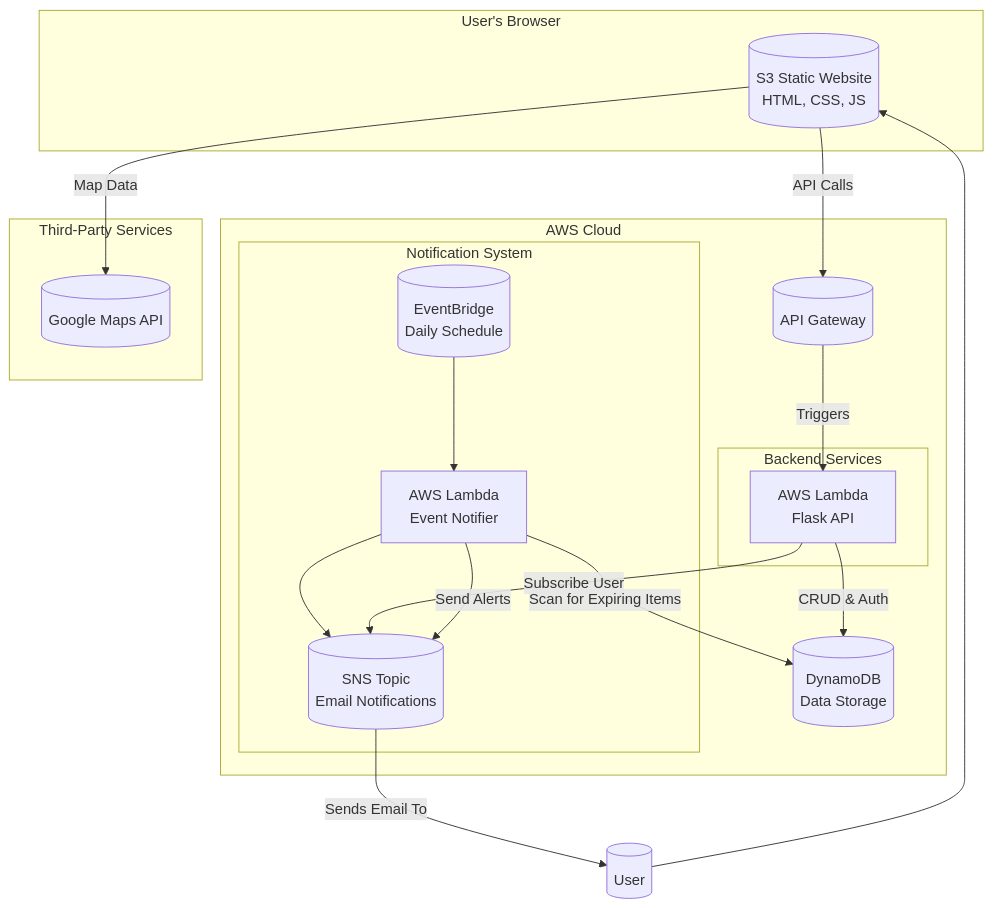
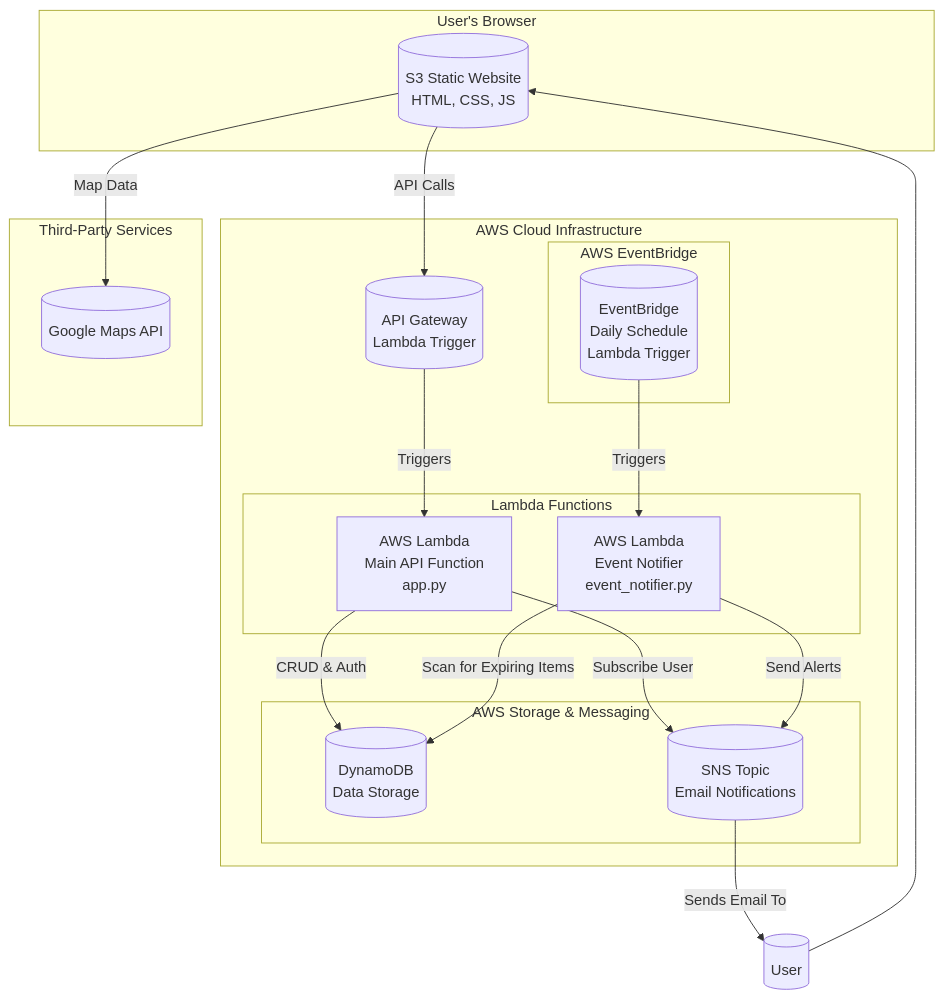
Before and after one commit to Harsh7-dev/food-waste-management: the diagram in README.md, drawn with Mermaid. The commit also changed other lines of this file, not shown here.

Commit message:
Update README to emphasize AWS Lambda and service integrations for project requirements

````diff
--- a/README.md
+++ b/README.md
@@ -9,40 +29,45 @@
 ```mermaid
 graph TD
     subgraph "User's Browser"
         Frontend[("S3 Static Website<br/>HTML, CSS, JS")]
     end
 
-    subgraph "AWS Cloud"
-        APIGateway[("API Gateway")]
+    subgraph "AWS Cloud Infrastructure"
+        APIGateway[("API Gateway<br/>Lambda Trigger")]
         
-        subgraph "Backend Services"
-            BackendLambda["AWS Lambda<br/>Flask API"]
+        subgraph "Lambda Functions"
+            MainLambda["AWS Lambda<br/>Main API Function<br/>app.py"]
+            NotifierLambda["AWS Lambda<br/>Event Notifier<br/>event_notifier.py"]
         end
 
-        subgraph "Notification System"
-            EventBridge[("EventBridge<br/>Daily Schedule")] --> NotifierLambda["AWS Lambda<br/>Event Notifier"]
-            NotifierLambda --> SNS[("SNS Topic<br/>Email Notifications")]
+        subgraph "AWS EventBridge"
+            EventBridge[("EventBridge<br/>Daily Schedule<br/>Lambda Trigger")]
         end
 
-        DynamoDB[("DynamoDB<br/>Data Storage")]
+        subgraph "AWS Storage & Messaging"
+            DynamoDB[("DynamoDB<br/>Data Storage")]
+            SNS[("SNS Topic<br/>Email Notifications")]
+        end
     end
 
     subgraph "Third-Party Services"
         GoogleMapsAPI[("Google Maps API")]
     end
 
     User[("User")] --> Frontend
 
     Frontend -- "API Calls" --> APIGateway
     Frontend -- "Map Data" --> GoogleMapsAPI
     
-    APIGateway -- "Triggers" --> BackendLambda
+    APIGateway -- "Triggers" --> MainLambda
     
-    BackendLambda -- "CRUD & Auth" --> DynamoDB
-    BackendLambda -- "Subscribe User" --> SNS
+    EventBridge -- "Triggers" --> NotifierLambda
+    
+    MainLambda -- "CRUD & Auth" --> DynamoDB
+    MainLambda -- "Subscribe User" --> SNS
     
     NotifierLambda -- "Scan for Expiring Items" --> DynamoDB
     NotifierLambda -- "Send Alerts" --> SNS
 
     SNS -- "Sends Email To" --> User
 ```
````
